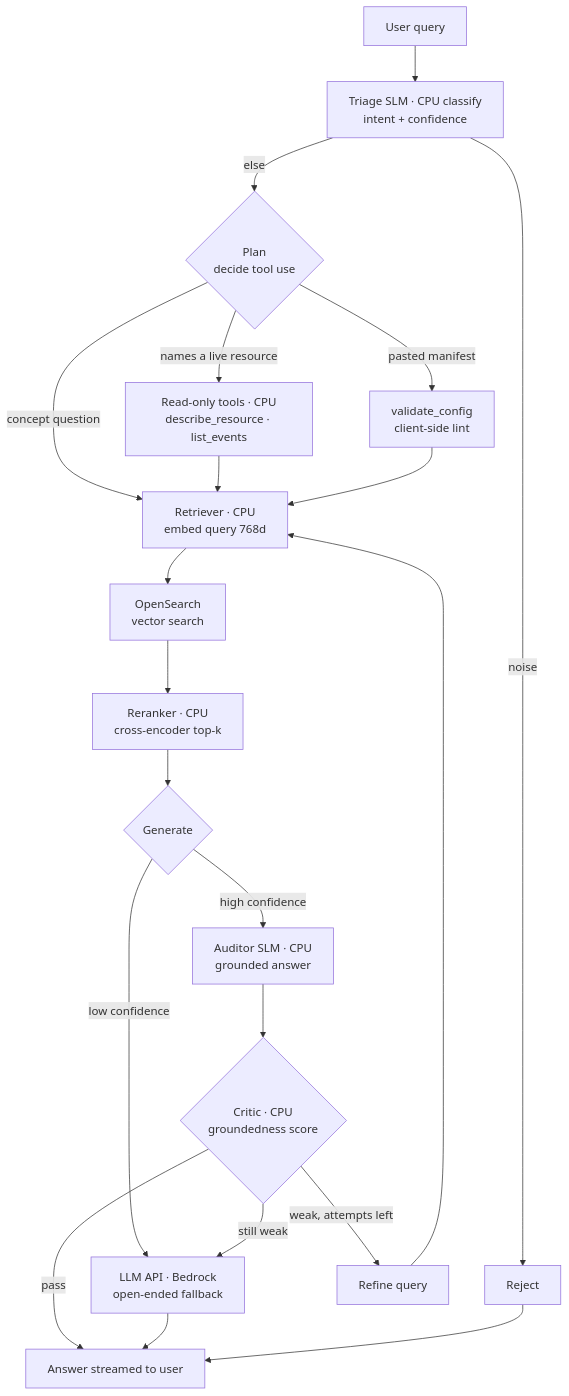
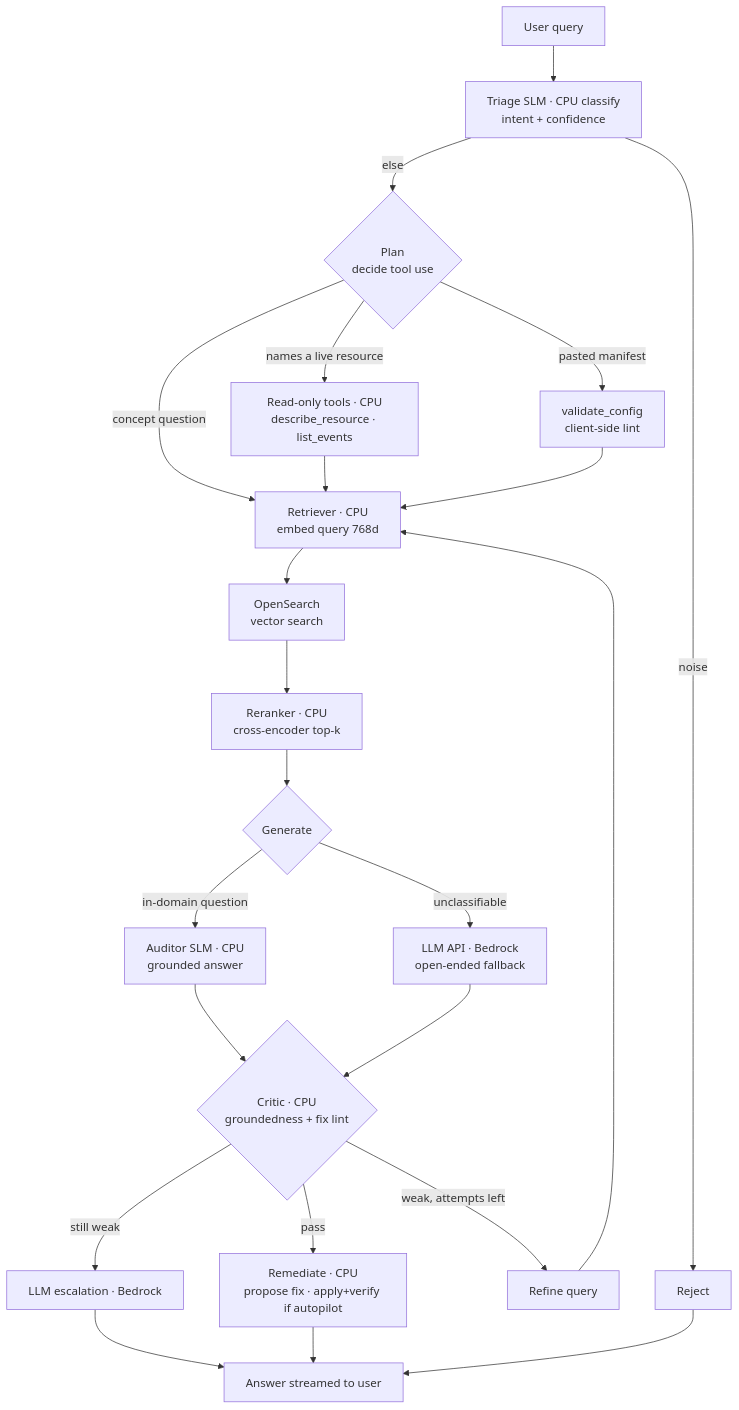
Before and after one commit to aws-samples/sample-slemify: the diagram in examples/k8s-autoscaling/demo/README.md, drawn with Mermaid. The commit also changed other lines of this file, not shown here.

````diff
--- a/examples/k8s-autoscaling/demo/README.md
+++ b/examples/k8s-autoscaling/demo/README.md
@@ -20,22 +20,23 @@
 ```mermaid
 flowchart TD
     U[User query] --> T["Triage SLM · CPU classify<br/>intent + confidence"]
     T -->|noise| RJ[Reject]
     T -->|else| P{"Plan<br/>decide tool use"}
     P -->|names a live resource| TL["Read-only tools · CPU<br/>describe_resource · list_events"]
     P -->|pasted manifest| VC["validate_config<br/>client-side lint"]
     P -->|concept question| EM
     TL --> EM
     VC --> EM
     EM["Retriever · CPU<br/>embed query 768d"] --> OS["OpenSearch<br/>vector search"]
     OS --> RR["Reranker · CPU<br/>cross-encoder top-k"]
     RR --> GEN{Generate}
-    GEN -->|high confidence| AUD["Auditor SLM · CPU<br/>grounded answer"]
-    GEN -->|low confidence| LLM["LLM API · Bedrock<br/>open-ended fallback"]
-    AUD --> CR{"Critic · CPU<br/>groundedness score"}
-    CR -->|pass| OUT[Answer streamed to user]
+    GEN -->|in-domain question| AUD["Auditor SLM · CPU<br/>grounded answer"]
+    GEN -->|unclassifiable| LLM["LLM API · Bedrock<br/>open-ended fallback"]
+    AUD --> CR{"Critic · CPU<br/>groundedness + fix lint"}
+    LLM --> CR
+    CR -->|pass| RM["Remediate · CPU<br/>propose fix · apply+verify if autopilot"]
     CR -->|weak, attempts left| RF["Refine query"] --> EM
-    CR -->|still weak| LLM
-    LLM --> OUT
+    CR -->|still weak| ESC["LLM escalation · Bedrock"] --> OUT
+    RM --> OUT[Answer streamed to user]
     RJ --> OUT
 ```
````
